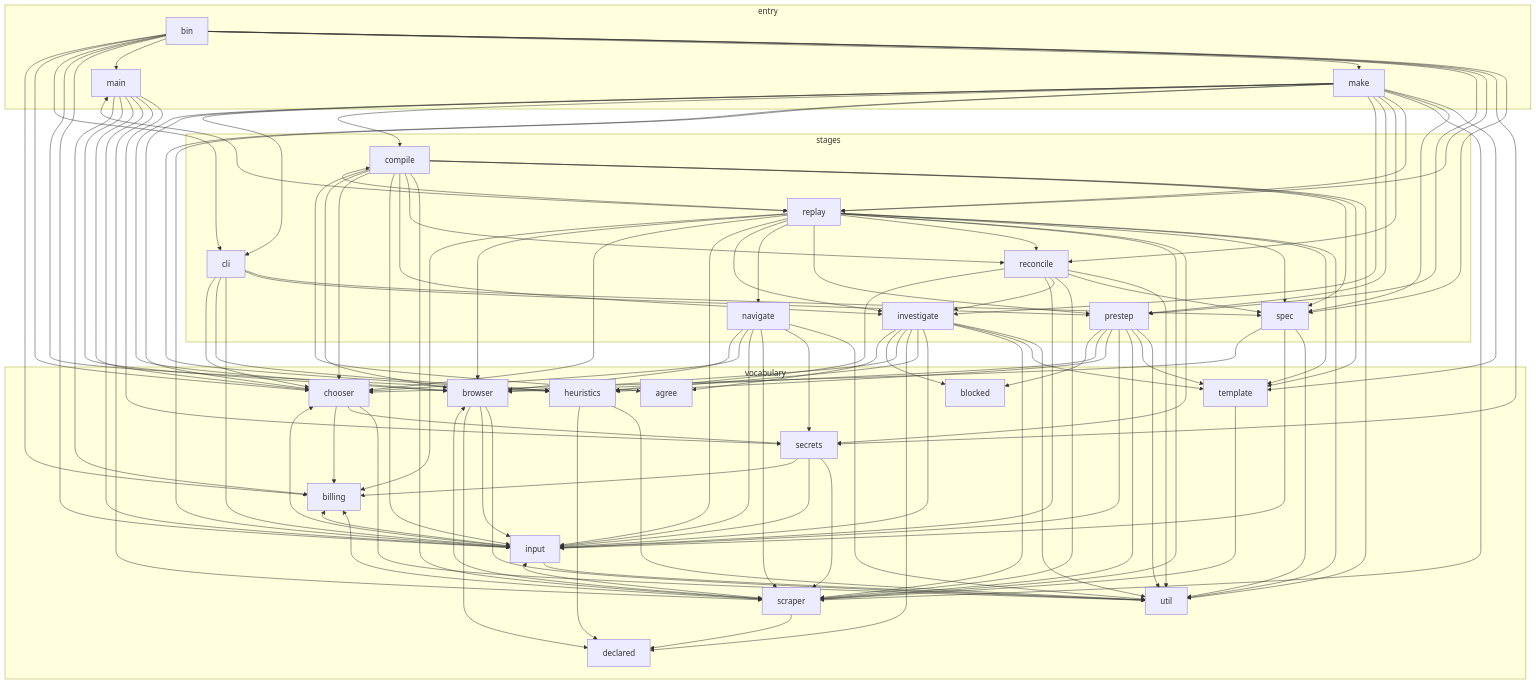
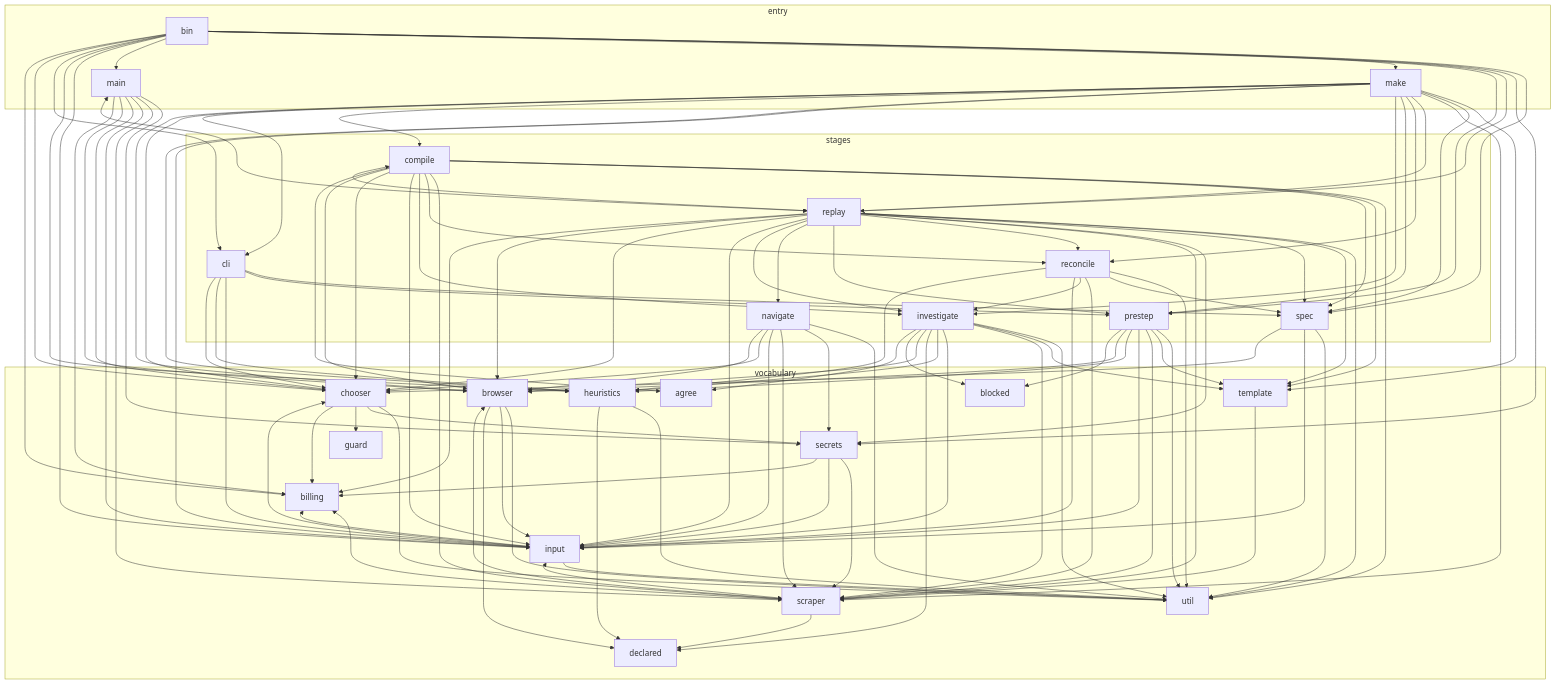
One commit to fellowship-dev/navvi changed the diagram in docs/architecture.md. Above: the diagram before and after it, drawn with Mermaid. The commit also changed other lines of this file and 21 other files, not shown here.

First line of the commit message:
feat(guard): page text that tries to instruct the model is cut before any chooser question

```diff
--- a/docs/architecture.md
+++ b/docs/architecture.md
@@ -42,6 +42,7 @@
     agree
     browser
     chooser
+    guard
     blocked
     heuristics
     template
@@ -71,6 +72,7 @@
   browser --> input
   browser --> util
   chooser --> billing
+  chooser --> guard
   chooser --> secrets
   chooser --> util
   cli --> chooser
```
